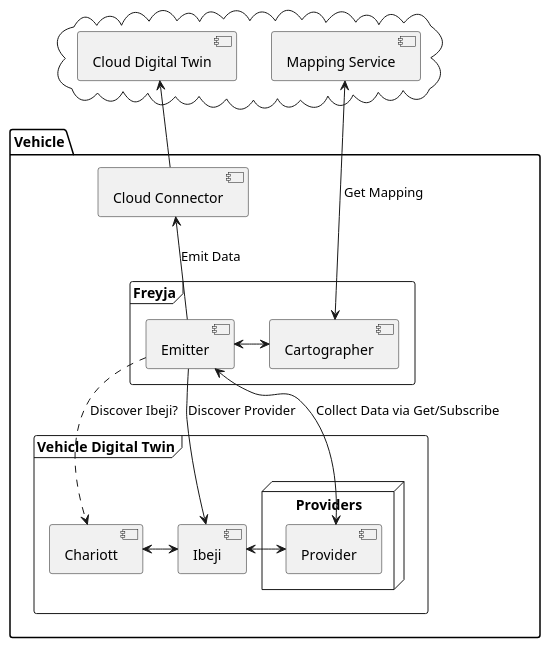
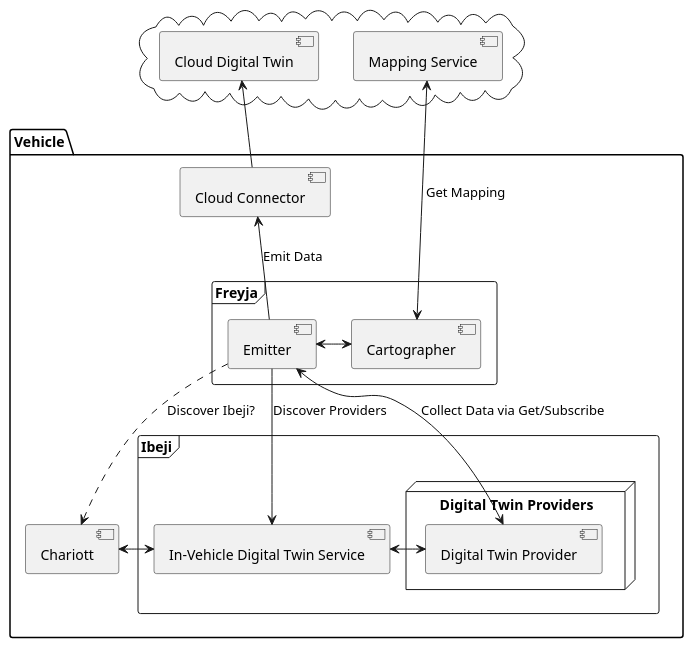
One commit to eclipse-ibeji/freyja changed the diagram in docs/diagrams/freyja_components.puml. Above: the diagram before and after it, drawn with PlantUML. The commit also changed 4 other files, not shown here.

Commit message:
update diagram and add new workflows

```diff
--- a/docs/diagrams/freyja_components.puml
+++ b/docs/diagrams/freyja_components.puml
@@ -1,35 +1,36 @@
 @startuml
 
 cloud {
     [Cloud Digital Twin]
     [Mapping Service]
 }
 
 package "Vehicle" {
     frame "Freyja" {
         [Cartographer]
         [Emitter]
     }
 
-    frame "Vehicle Digital Twin" {
-        [Chariott]
-        [Ibeji]
-        node "Providers" {
-            [Provider]
+    [Chariott]
+
+    frame "Ibeji" {
+        [In-Vehicle Digital Twin Service] as ivdts
+        node "Digital Twin Providers" {
+            [Digital Twin Provider] as provider
         }
     }
 
     [Cloud Connector]
 }
 
 [Cartographer] <-l-> [Emitter]
 [Emitter] -u-> [Cloud Connector] : Emit Data
 [Cartographer] <-u-> [Mapping Service] : Get Mapping
 [Cloud Connector] -u-> [Cloud Digital Twin]
 [Emitter] .d.> [Chariott] : Discover Ibeji?
-[Emitter] -d-> [Ibeji] : Discover Provider
-[Emitter] <-d-> [Provider] : Collect Data via Get/Subscribe
-[Chariott] <-r-> [Ibeji]
-[Ibeji] <-r-> [Provider]
+[Emitter] -d-> [ivdts] : Discover Providers
+[Emitter] <-d-> [provider] : Collect Data via Get/Subscribe
+[Chariott] <-r-> [ivdts]
+[ivdts] <-r-> [provider]
 
 @enduml
```
